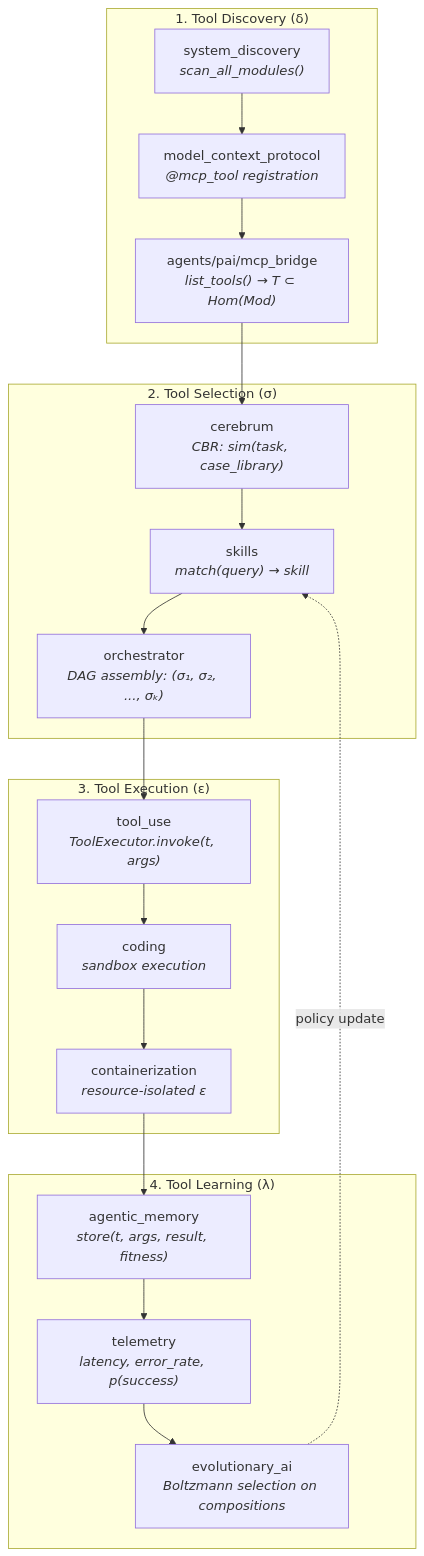
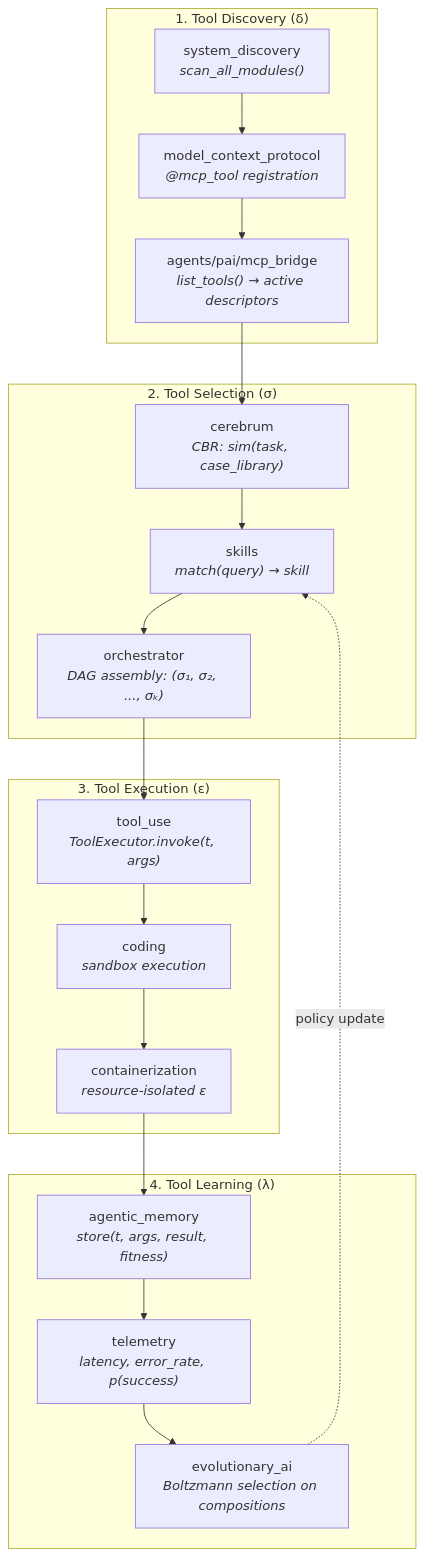
One commit to docxology/codomyrmex changed the first of 3 diagrams in docs/agi/tool_use_and_agency.md. Above: the diagram before and after it, drawn with Mermaid. The commit also changed other lines of this file and 287 other files, not shown here.

````diff
--- a/docs/agi/tool_use_and_agency.md
+++ b/docs/agi/tool_use_and_agency.md
@@ -15,32 +18,32 @@
 ```mermaid
 graph TB
     subgraph DISCOVERY["1. Tool Discovery (δ)"]
         SD["system_discovery<br/><i>scan_all_modules()</i>"]
         MCP["model_context_protocol<br/><i>@mcp_tool registration</i>"]
-        BRIDGE["agents/pai/mcp_bridge<br/><i>list_tools() → T ⊂ Hom(Mod)</i>"]
+        BRIDGE["agents/pai/mcp_bridge<br/><i>list_tools() → active descriptors</i>"]
     end
 
     subgraph SELECTION["2. Tool Selection (σ)"]
         CEREB["cerebrum<br/><i>CBR: sim(task, case_library)</i>"]
         SKILLS["skills<br/><i>match(query) → skill</i>"]
         ORCH["orchestrator<br/><i>DAG assembly: (σ₁, σ₂, ..., σₖ)</i>"]
     end
 
     subgraph EXECUTION["3. Tool Execution (ε)"]
         TOOL["tool_use<br/><i>ToolExecutor.invoke(t, args)</i>"]
         CODING["coding<br/><i>sandbox execution</i>"]
         CONTAIN["containerization<br/><i>resource-isolated ε</i>"]
     end
 
     subgraph LEARNING["4. Tool Learning (λ)"]
         AMEM["agentic_memory<br/><i>store(t, args, result, fitness)</i>"]
         TELEM["telemetry<br/><i>latency, error_rate, p(success)</i>"]
         EVOL["evolutionary_ai<br/><i>Boltzmann selection on compositions</i>"]
     end
 
     SD --> MCP --> BRIDGE --> CEREB
     CEREB --> SKILLS --> ORCH
     ORCH --> TOOL --> CODING --> CONTAIN
     CONTAIN --> AMEM --> TELEM --> EVOL
     EVOL -.->|"policy update"| SKILLS
 ```
````
